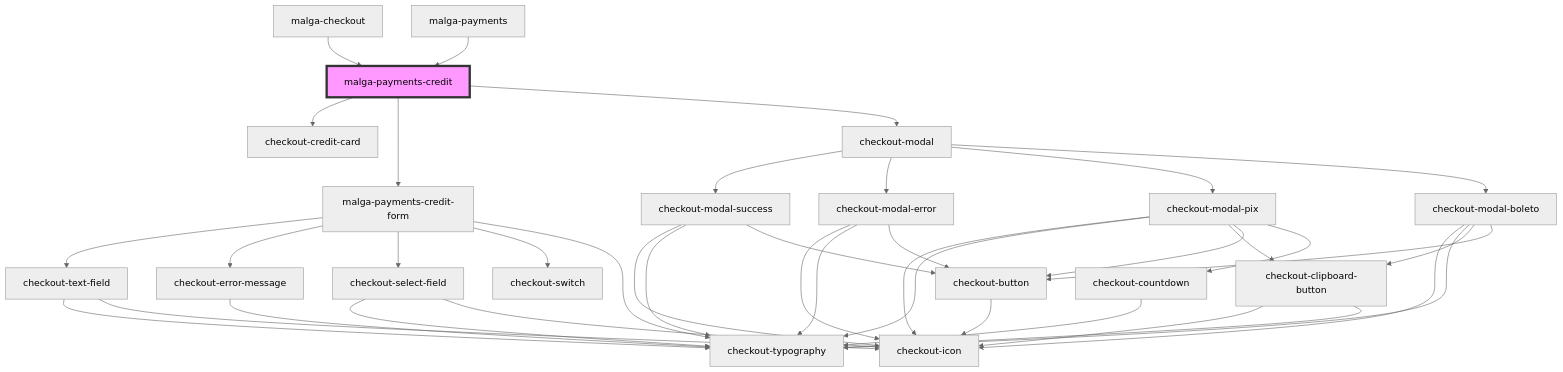
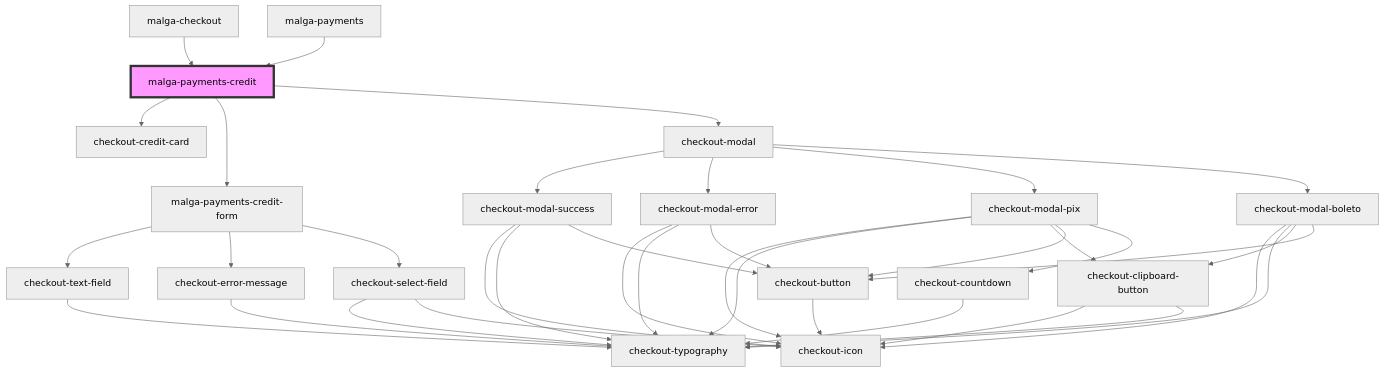
Before and after one commit to plughacker/malga-checkout: the diagram in packages/checkout/core/src/components/malga-payments-credit/readme.md, drawn with Mermaid (neutral theme). The commit also changed 25 other files, not shown here.

````diff
--- a/packages/checkout/core/src/components/malga-payments-credit/readme.md
+++ b/packages/checkout/core/src/components/malga-payments-credit/readme.md
@@ -20,42 +20,39 @@
 ```mermaid
 graph TD;
   malga-payments-credit --> checkout-credit-card
   malga-payments-credit --> malga-payments-credit-form
   malga-payments-credit --> checkout-modal
   malga-payments-credit-form --> checkout-text-field
   malga-payments-credit-form --> checkout-error-message
   malga-payments-credit-form --> checkout-select-field
-  malga-payments-credit-form --> checkout-switch
-  malga-payments-credit-form --> checkout-typography
   checkout-text-field --> checkout-typography
-  checkout-text-field --> checkout-icon
   checkout-error-message --> checkout-typography
   checkout-select-field --> checkout-typography
   checkout-select-field --> checkout-icon
   checkout-modal --> checkout-modal-success
   checkout-modal --> checkout-modal-error
   checkout-modal --> checkout-modal-pix
   checkout-modal --> checkout-modal-boleto
   checkout-modal-success --> checkout-icon
   checkout-modal-success --> checkout-typography
   checkout-modal-success --> checkout-button
   checkout-button --> checkout-icon
   checkout-modal-error --> checkout-icon
   checkout-modal-error --> checkout-typography
   checkout-modal-error --> checkout-button
   checkout-modal-pix --> checkout-icon
   checkout-modal-pix --> checkout-typography
   checkout-modal-pix --> checkout-clipboard-button
   checkout-modal-pix --> checkout-button
   checkout-modal-pix --> checkout-countdown
   checkout-clipboard-button --> checkout-icon
   checkout-clipboard-button --> checkout-typography
   checkout-countdown --> checkout-typography
   checkout-modal-boleto --> checkout-icon
   checkout-modal-boleto --> checkout-typography
   checkout-modal-boleto --> checkout-clipboard-button
   checkout-modal-boleto --> checkout-button
   malga-checkout --> malga-payments-credit
   malga-payments --> malga-payments-credit
   style malga-payments-credit fill:#f9f,stroke:#333,stroke-width:4px
 ```
````
